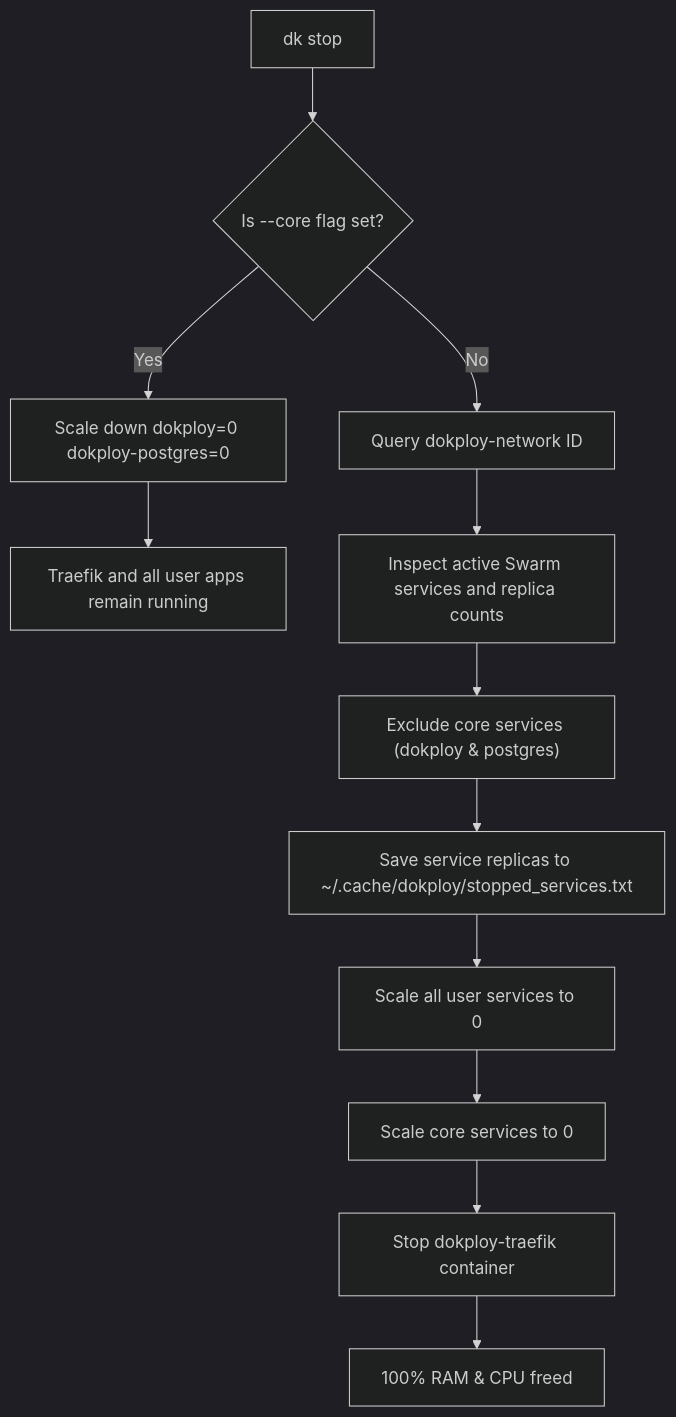
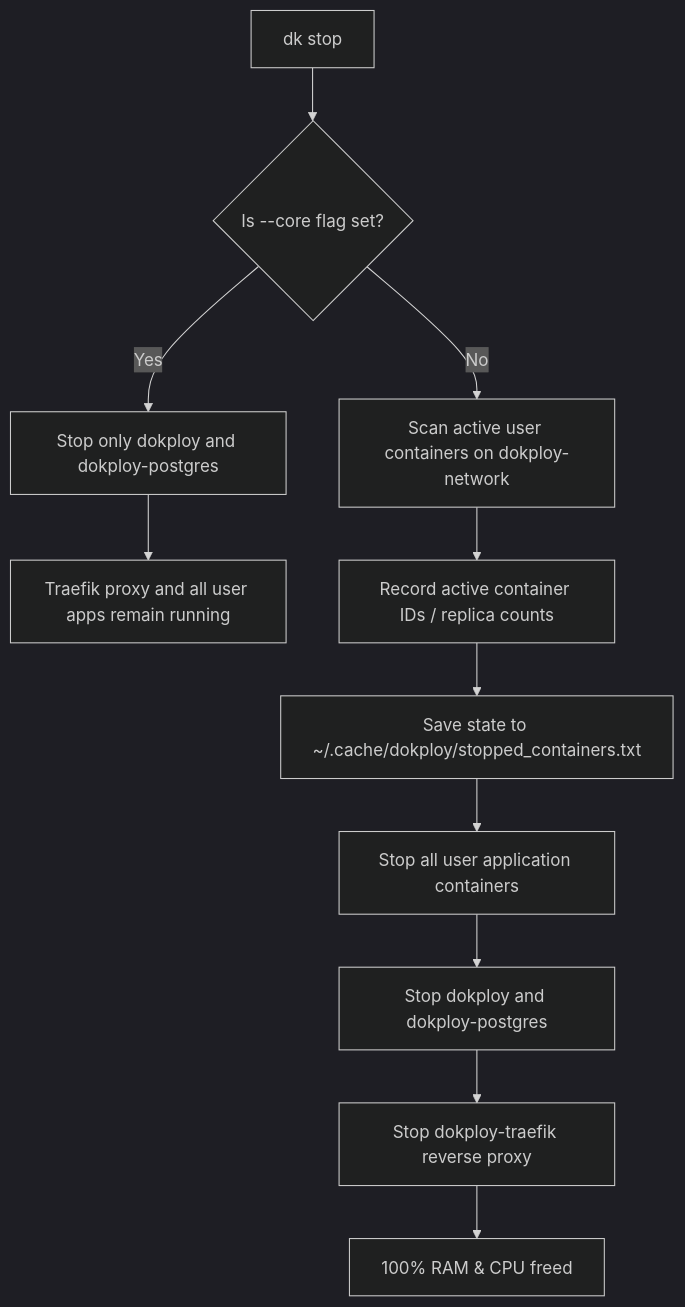
One commit to showayebDev/dokploy-local-cli changed the diagram in README.md. Above: the diagram before and after it, drawn with Mermaid (dark theme). The commit also changed other lines of this file and 3 other files, not shown here.

````diff
--- a/README.md
+++ b/README.md
@@ -205,14 +187,13 @@
 ```mermaid
 flowchart TD
     A["dk stop"] --> B{"Is --core flag set?"}
-    B -- Yes --> C["Scale down dokploy=0 dokploy-postgres=0"]
-    C --> D["Traefik and all user apps remain running"]
-    B -- No --> E["Query dokploy-network ID"]
-    E --> F["Inspect active Swarm services and replica counts"]
-    F --> G["Exclude core services (dokploy & postgres)"]
-    G --> H["Save service replicas to ~/.cache/dokploy/stopped_services.txt"]
-    H --> I["Scale all user services to 0"]
-    I --> J["Scale core services to 0"]
-    J --> K["Stop dokploy-traefik container"]
-    K --> L["100% RAM & CPU freed"]
+    B -- Yes --> C["Stop only dokploy and dokploy-postgres"]
+    C --> D["Traefik proxy and all user apps remain running"]
+    B -- No --> E["Scan active user containers on dokploy-network"]
+    E --> F["Record active container IDs / replica counts"]
+    F --> G["Save state to ~/.cache/dokploy/stopped_containers.txt"]
+    G --> H["Stop all user application containers"]
+    H --> I["Stop dokploy and dokploy-postgres"]
+    I --> J["Stop dokploy-traefik reverse proxy"]
+    J --> K["100% RAM & CPU freed"]
 ```
````
